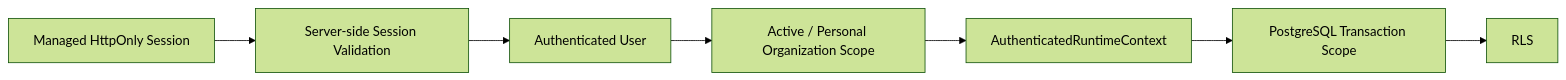
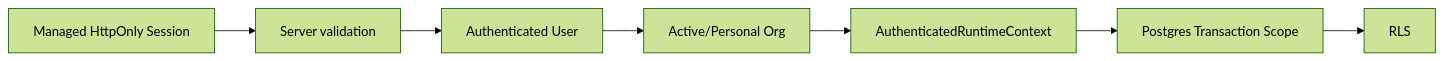
One commit to pablo-marchina/academy-tractian changed the second of 12 diagrams in docs/presentation/ARCHITECTURE-OVERLAYS.md. Above: the diagram before and after it, drawn with Mermaid (forest theme). The commit also changed other lines of this file and 5 other files, not shown here.

````diff
--- a/docs/presentation/ARCHITECTURE-OVERLAYS.md
+++ b/docs/presentation/ARCHITECTURE-OVERLAYS.md
@@ -55,12 +34,12 @@
 ```mermaid
 flowchart LR
     S[Managed HttpOnly Session]
-    V[Server-side Session Validation]
+    V[Server validation]
     U[Authenticated User]
-    O[Active / Personal Organization Scope]
+    O[Active/Personal Org]
     C[AuthenticatedRuntimeContext]
-    TX[PostgreSQL Transaction Scope]
+    TX[Postgres Transaction Scope]
     RLS[RLS]
 
     S --> V --> U --> O --> C --> TX --> RLS
 ```
````
